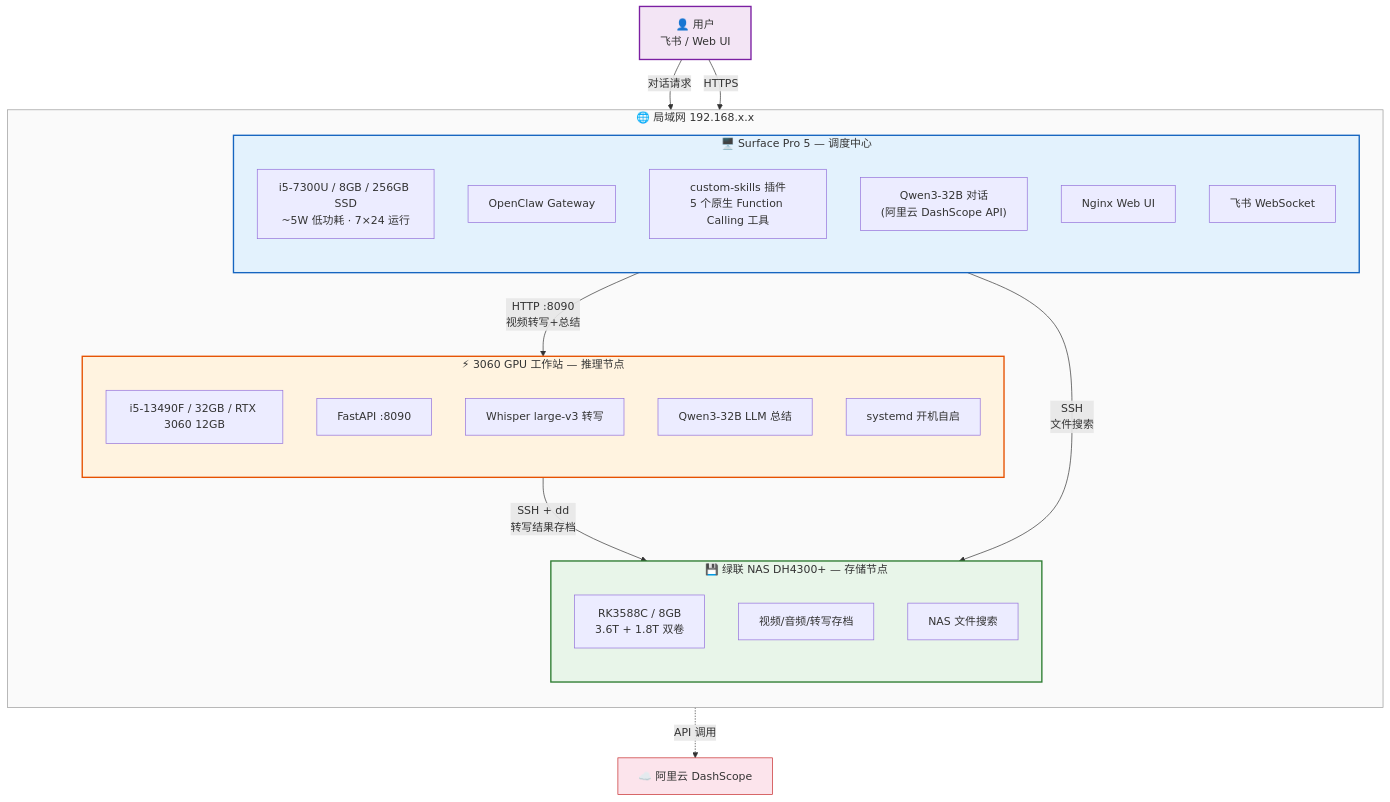
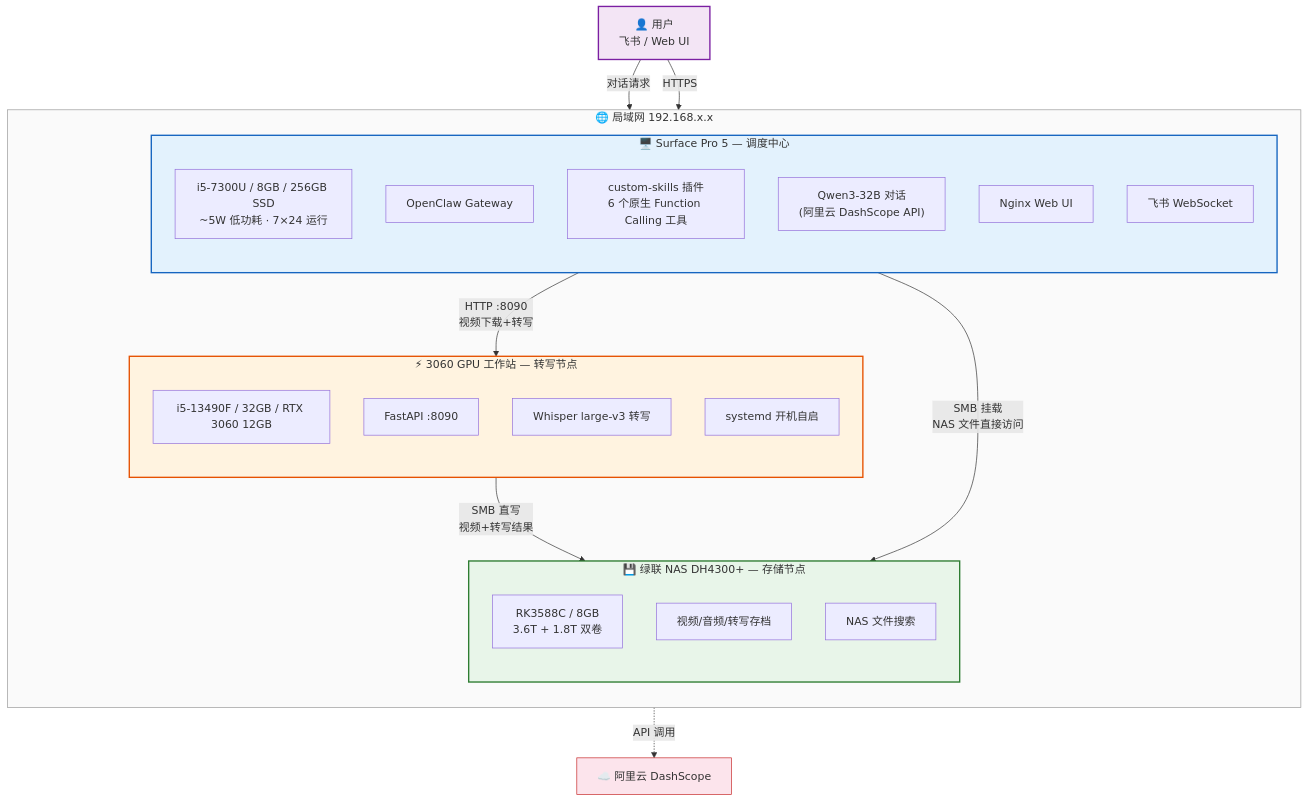
The first of 2 diagrams in README.md (chenweidu666/OpenClaw-Private-AI), drawn with Mermaid before and after one commit. The commit also changed other lines of this file and 2 other files, not shown here.

First line of the commit message:
docs: bilibili v6架构重构(3060转写+Qwen API总结) + NAS SMB挂载优化

````diff
--- a/README.md
+++ b/README.md
@@ -28,46 +29,45 @@
 ```mermaid
 graph TB
     subgraph LAN["🌐 局域网 192.168.x.x"]
         direction TB
 
         subgraph SURFACE["🖥️ Surface Pro 5 — 调度中心"]
             direction TB
             S_HW["i5-7300U / 8GB / 256GB SSD<br/>~5W 低功耗 · 7×24 运行"]
             S1["OpenClaw Gateway"]
-            S_PLUGIN["custom-skills 插件<br/>5 个原生 Function Calling 工具"]
+            S_PLUGIN["custom-skills 插件<br/>6 个原生 Function Calling 工具"]
             S2["Qwen3-32B 对话<br/>(阿里云 DashScope API)"]
             S3["Nginx Web UI"]
             S4["飞书 WebSocket"]
         end
 
-        subgraph GPU["⚡ 3060 GPU 工作站 — 推理节点"]
+        subgraph GPU["⚡ 3060 GPU 工作站 — 转写节点"]
             direction TB
             G_HW["i5-13490F / 32GB / RTX 3060 12GB"]
             G1["FastAPI :8090"]
             G2["Whisper large-v3 转写"]
-            G3["Qwen3-32B LLM 总结"]
             G4["systemd 开机自启"]
         end
 
         subgraph NAS["💾 绿联 NAS DH4300+ — 存储节点"]
             direction TB
             N_HW["RK3588C / 8GB<br/>3.6T + 1.8T 双卷"]
             N1["视频/音频/转写存档"]
             N2["NAS 文件搜索"]
         end
     end
 
     USER["👤 用户<br/>飞书 / Web UI"] -->|"对话请求"| S4
     USER -->|"HTTPS"| S3
-    S1 -->|"HTTP :8090<br/>视频转写+总结"| G1
-    S1 -->|"SSH<br/>文件搜索"| N2
-    G1 -->|"SSH + dd<br/>转写结果存档"| N1
+    S1 -->|"HTTP :8090<br/>视频下载+转写"| G1
+    S1 -->|"SMB 挂载<br/>NAS 文件直接访问"| N2
+    G1 -->|"SMB 直写<br/>视频+转写结果"| N1
     S2 -.->|"API 调用"| CLOUD["☁️ 阿里云 DashScope"]
 
     style SURFACE fill:#e3f2fd,stroke:#1565c0,stroke-width:2px
     style GPU fill:#fff3e0,stroke:#e65100,stroke-width:2px
     style NAS fill:#e8f5e9,stroke:#2e7d32,stroke-width:2px
     style LAN fill:#fafafa,stroke:#999,stroke-width:1px
     style USER fill:#f3e5f5,stroke:#7b1fa2,stroke-width:2px
     style CLOUD fill:#fce4ec,stroke:#c62828,stroke-width:1px
 ```
````
